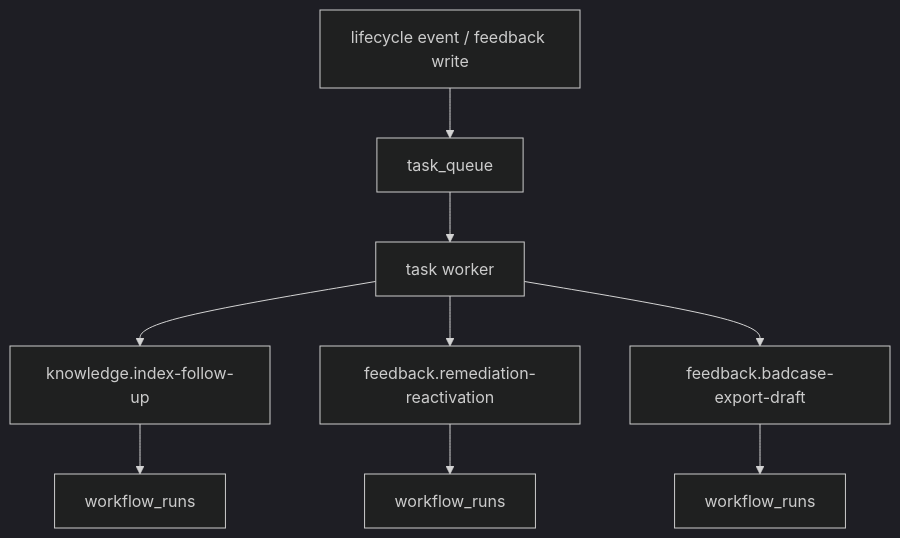
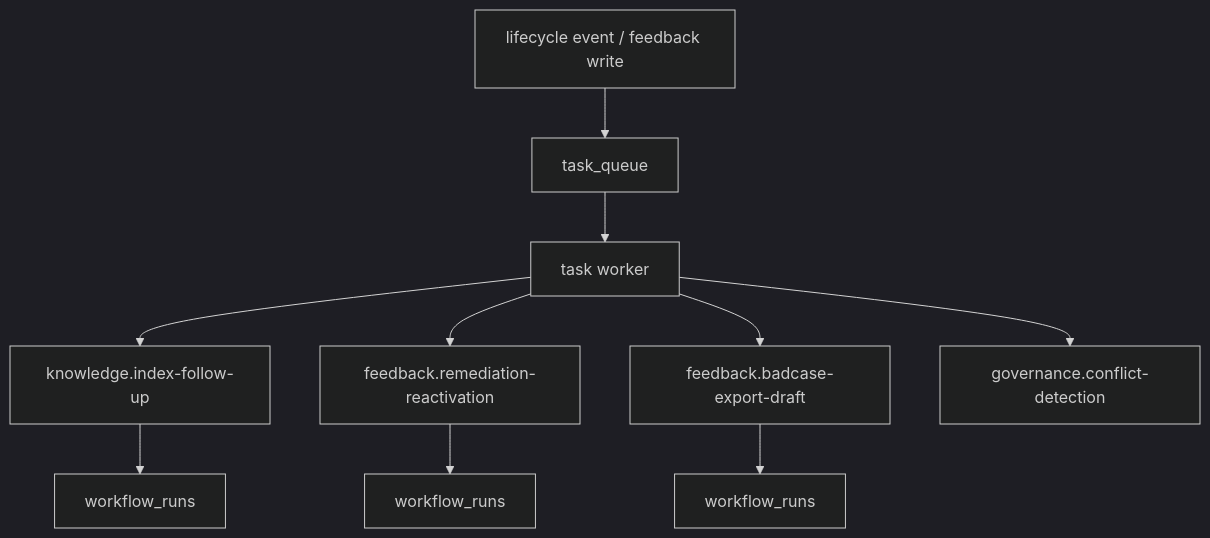
The sixth of 10 diagrams in docs/architecture/components/ASYNC_MODEL.md (pofossette/TrapMap-for-vibing), drawn with Mermaid (dark theme) before and after one commit. The commit also changed other lines of this file and 14 other files, not shown here.

````diff
--- a/docs/architecture/components/ASYNC_MODEL.md
+++ b/docs/architecture/components/ASYNC_MODEL.md
@@ -241,11 +243,12 @@
 ```mermaid
 flowchart TB
     Event["lifecycle event / feedback write"] --> Queue["task_queue"]
     Queue --> Worker["task worker"]
     Worker --> K["knowledge.index-follow-up"]
     Worker --> R["feedback.remediation-reactivation"]
     Worker --> B["feedback.badcase-export-draft"]
+    Worker --> C["governance.conflict-detection"]
     K --> WF1["workflow_runs"]
     R --> WF2["workflow_runs"]
     B --> WF3["workflow_runs"]
 ```
````
